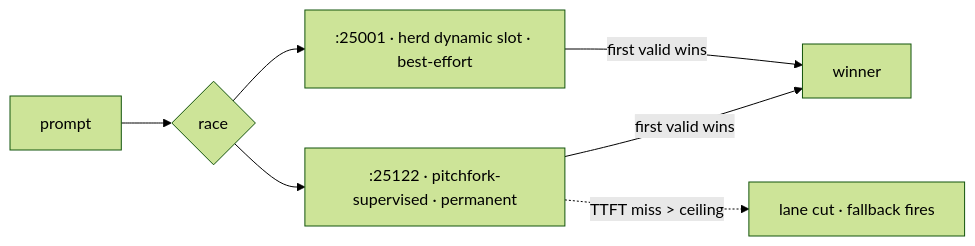
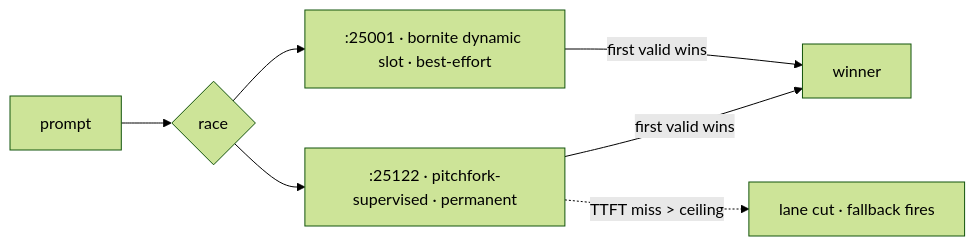
One commit to toxicwind/estate changed the diagram in tools/fast-race/README.md. Above: the diagram before and after it, drawn with Mermaid (forest theme). The commit also changed other lines of this file and 416 other files, not shown here.

Commit message:
geode rename: cuttinggate->chalcopyrite, herd->bornite, hodos->rhodochrosite, pinax->mimetite

````diff
--- a/tools/fast-race/README.md
+++ b/tools/fast-race/README.md
@@ -15,8 +15,8 @@
 ```mermaid
 flowchart LR
     p[prompt] --> r{race}
     r --> l1[:25122 · pitchfork-supervised · permanent]
-    r --> l2[:25001 · herd dynamic slot · best-effort]
+    r --> l2[:25001 · bornite dynamic slot · best-effort]
     l1 & l2 -->|first valid wins| win[winner]
     l1 -.->|TTFT miss > ceiling| cut[lane cut · fallback fires]
 ```
````
